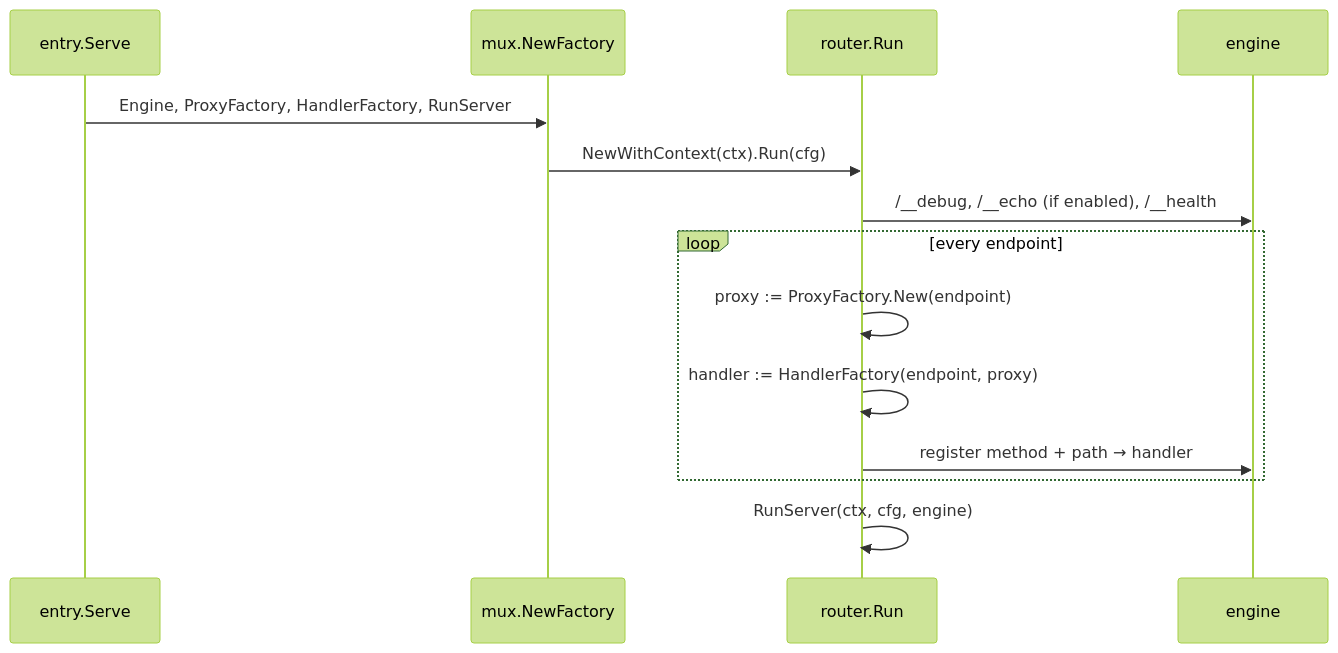
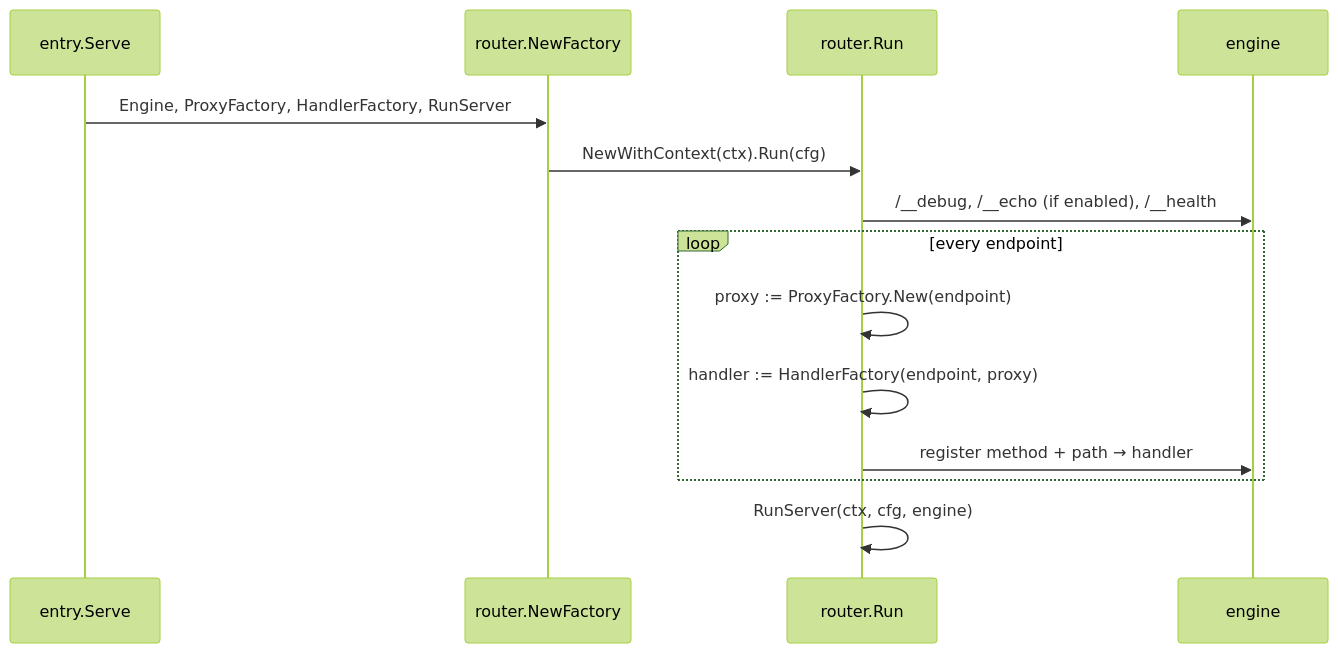
Before and after one commit to 9edang/inkgate: the diagram in docs/engine/router.md, drawn with Mermaid (forest theme). The commit also changed other lines of this file and 305 other files, not shown here.

````diff
--- a/docs/engine/router.md
+++ b/docs/engine/router.md
@@ -16,16 +16,16 @@
 ```mermaid
 sequenceDiagram
     participant S as entry.Serve
-    participant F as mux.NewFactory
+    participant F as router.NewFactory
     participant R as router.Run
     participant E as engine
     S->>F: Engine, ProxyFactory, HandlerFactory, RunServer
     F->>R: NewWithContext(ctx).Run(cfg)
     R->>E: /__debug, /__echo (if enabled), /__health
     loop every endpoint
         R->>R: proxy := ProxyFactory.New(endpoint)
         R->>R: handler := HandlerFactory(endpoint, proxy)
         R->>E: register method + path → handler
     end
     R->>R: RunServer(ctx, cfg, engine)
 ```
````
